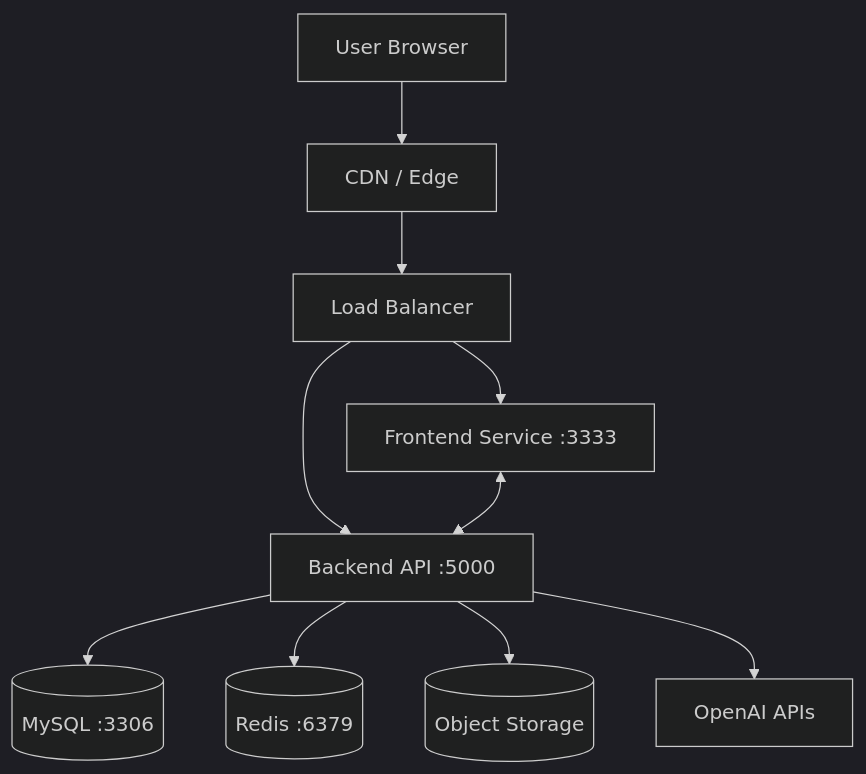
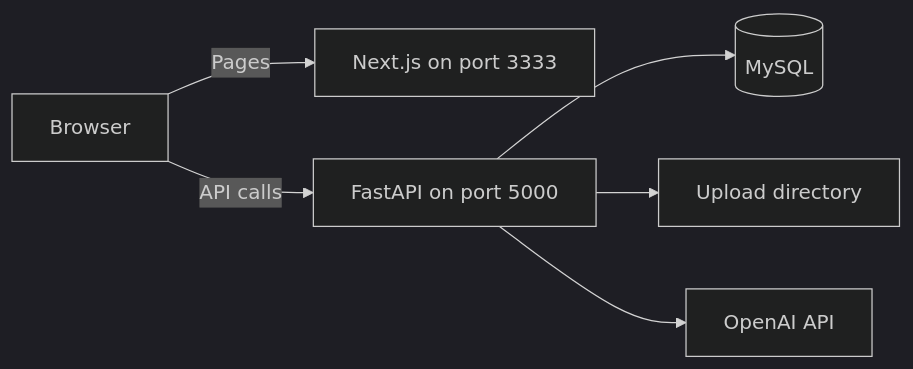
Before and after one commit to MohammadMoradpoor/medical-ai-analyzer: the first of 3 diagrams in README.md, drawn with Mermaid (dark theme). The commit also changed other lines of this file, not shown here.

````diff
--- a/README.md
+++ b/README.md
@@ -79,12 +76,15 @@
 ```mermaid
-flowchart TB
-    U[User Browser] --> EDGE[CDN / Edge]
-    EDGE --> LB[Load Balancer]
-    LB --> FE[Frontend Service :3333]
-    LB --> API[Backend API :5000]
-    FE <--> API
-    API --> DB[(MySQL :3306)]
-    API --> CACHE[(Redis :6379)]
-    API --> STORE[(Object Storage)]
-    API --> AI[OpenAI APIs]
+flowchart LR
+  browser[Browser]
+  frontend[Next.js on port 3333]
+  api[FastAPI on port 5000]
+  db[(MySQL)]
+  files[Upload directory]
+  openai[OpenAI API]
+
+  browser -->|Pages| frontend
+  browser -->|API calls| api
+  api --> db
+  api --> files
+  api --> openai
 ```
````
